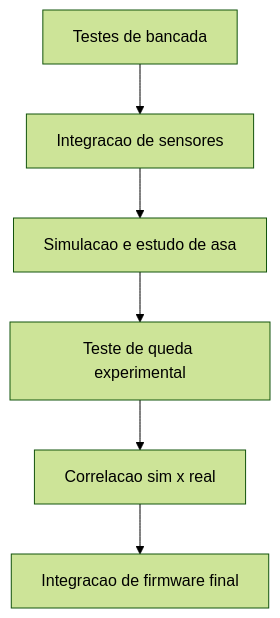
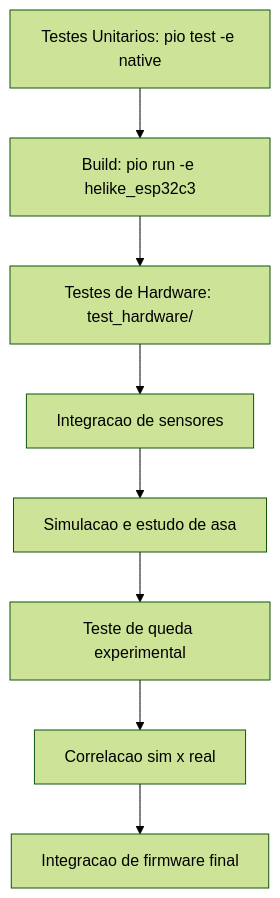
Before and after one commit to Serra-Rocketry/satellite: the fifth of 5 diagrams in docs/flowchart.md, drawn with Mermaid (forest theme). The commit also changed other lines of this file and 7 other files, not shown here.

````diff
--- a/docs/flowchart.md
+++ b/docs/flowchart.md
@@ -5,8 +167,10 @@
 ```mermaid
 flowchart TD
-    A[Testes de bancada] --> B[Integracao de sensores]
-    B --> C[Simulacao e estudo de asa]
-    C --> D[Teste de queda experimental]
-    D --> E[Correlacao sim x real]
-    E --> F[Integracao de firmware final]
+    A[Testes Unitarios: pio test -e native] --> B[Build: pio run -e helike_esp32c3]
+    B --> C[Testes de Hardware: test_hardware/]
+    C --> D[Integracao de sensores]
+    D --> E[Simulacao e estudo de asa]
+    E --> F[Teste de queda experimental]
+    F --> G[Correlacao sim x real]
+    G --> H[Integracao de firmware final]
 ```
````
